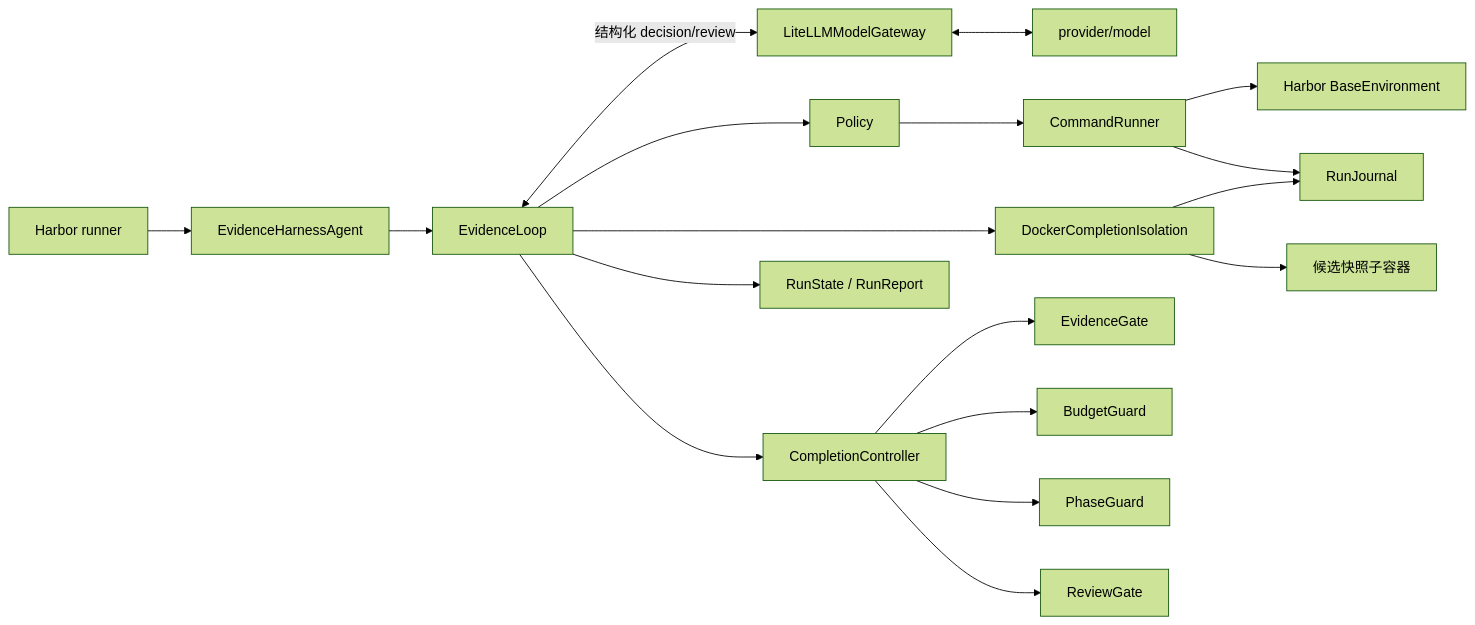
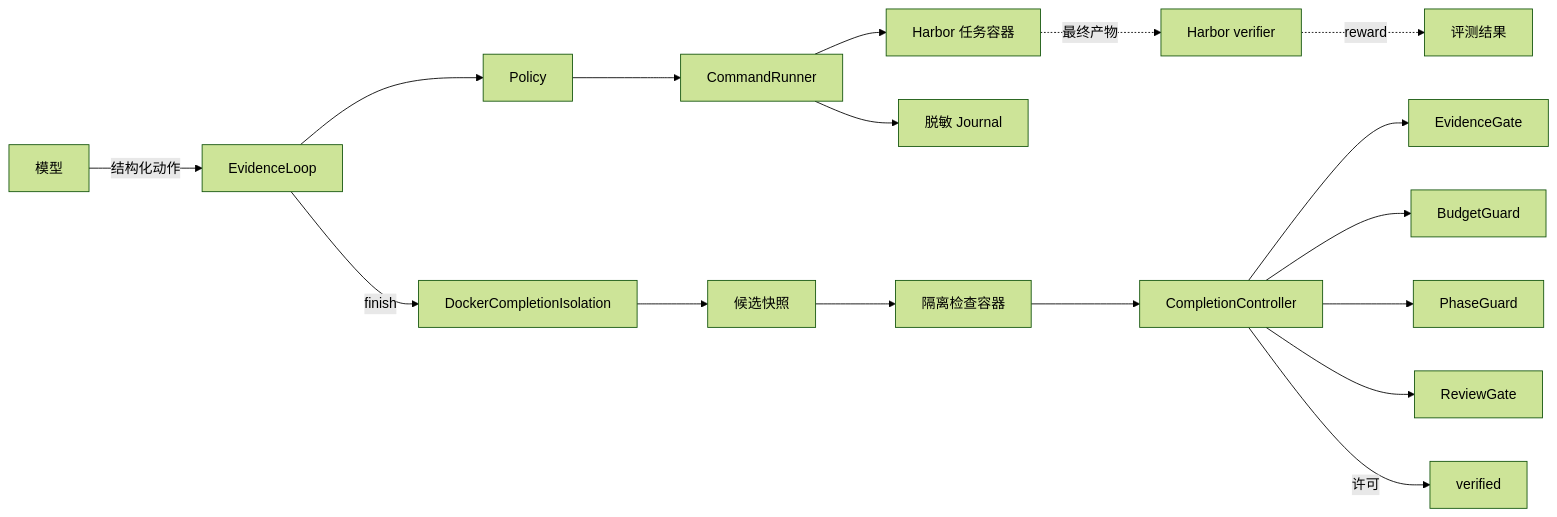
One commit to Duang777/Dharness changed the diagram in README.md. Above: the diagram before and after it, drawn with Mermaid (forest theme). The commit also changed other lines of this file, not shown here.

````diff
--- a/README.md
+++ b/README.md
@@ -120,20 +78,22 @@
 ```mermaid
 flowchart LR
-    H[Harbor runner] --> A[EvidenceHarnessAgent]
-    A --> L[EvidenceLoop]
-    L <-->|结构化 decision/review| G[LiteLLMModelGateway]
-    G <--> M[provider/model]
+    M[模型] -->|结构化动作| L[EvidenceLoop]
     L --> P[Policy]
-    P --> C[CommandRunner]
-    C --> E[Harbor BaseEnvironment]
-    L --> I[DockerCompletionIsolation]
-    I --> K[候选快照子容器]
-    C --> J[RunJournal]
-    I --> J
-    L --> V[CompletionController]
-    V --> EG[EvidenceGate]
-    V --> BG[BudgetGuard]
-    V --> PG[PhaseGuard]
-    V --> RG[ReviewGate]
-    L --> S[RunState / RunReport]
+    P --> R[CommandRunner]
+    R --> E[Harbor 任务容器]
+    R --> J[脱敏 Journal]
+
+    L -->|finish| I[DockerCompletionIsolation]
+    I --> S[候选快照]
+    S --> C[隔离检查容器]
+    C --> V[CompletionController]
+
+    V --> G1[EvidenceGate]
+    V --> G2[BudgetGuard]
+    V --> G3[PhaseGuard]
+    V --> G4[ReviewGate]
+    V -->|许可| D[verified]
+
+    E -.最终产物.-> H[Harbor verifier]
+    H -.reward.-> O[评测结果]
 ```
````
